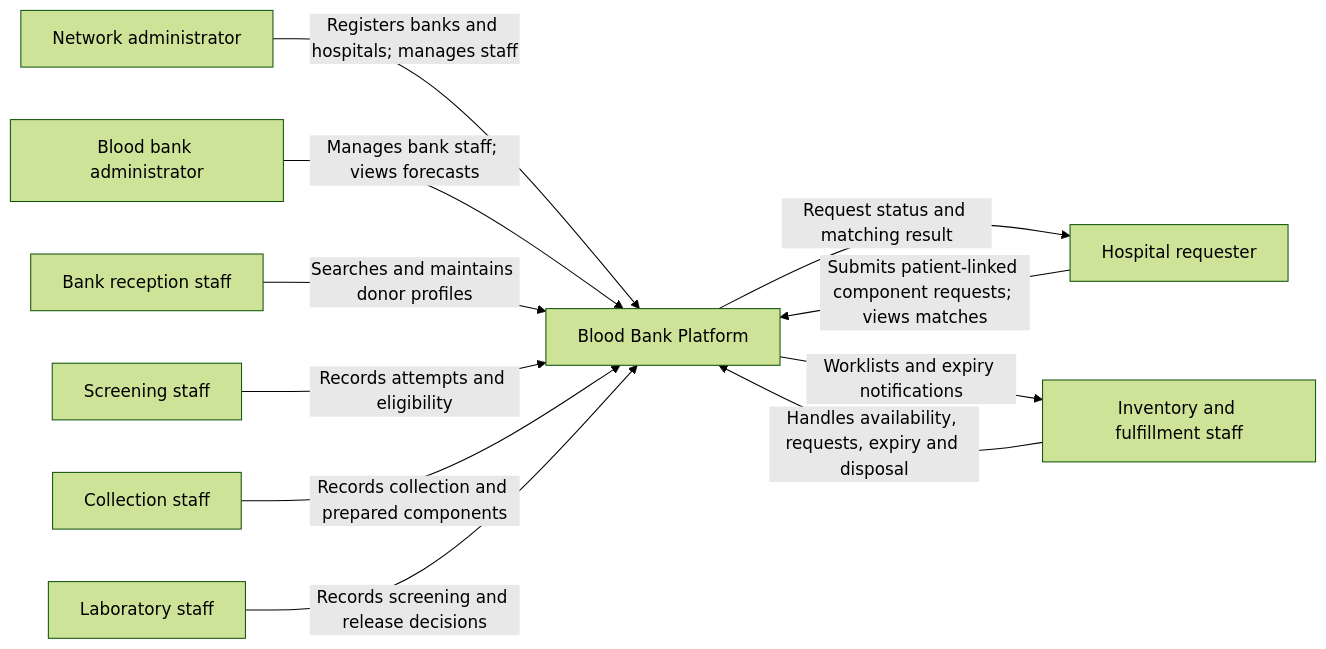
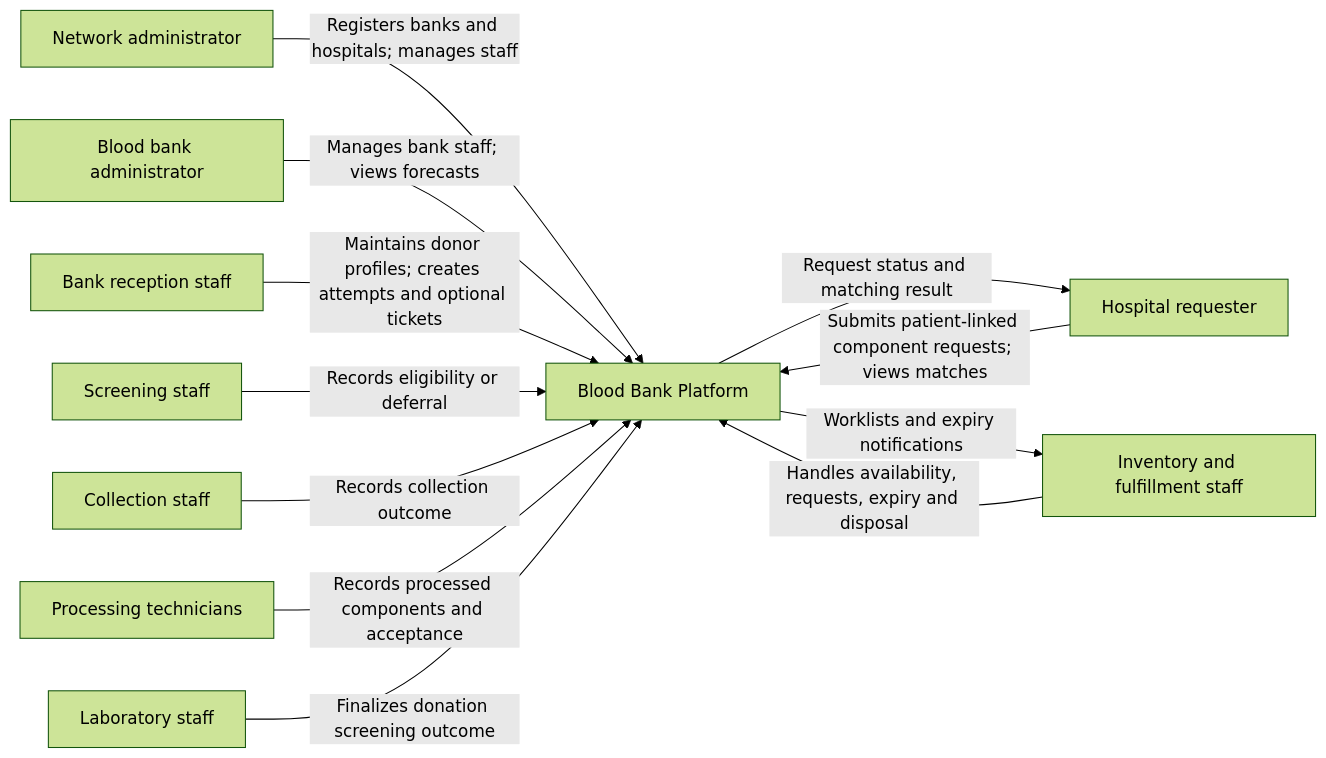
One commit to TitanDevX/BloodBankPlatformUni changed the first of 4 diagrams in docs/ARCHITECTURE.md. Above: the diagram before and after it, drawn with Mermaid (forest theme). The commit also changed other lines of this file and 1 other file, not shown here.

````diff
--- a/docs/ARCHITECTURE.md
+++ b/docs/ARCHITECTURE.md
@@ -15,13 +15,14 @@
 ```mermaid
 flowchart LR
     admin[Network administrator] -->|Registers banks and hospitals; manages staff| platform[Blood Bank Platform]
     bankadmin[Blood bank administrator] -->|Manages bank staff; views forecasts| platform
-    reception[Bank reception staff] -->|Searches and maintains donor profiles| platform
-    screener[Screening staff] -->|Records attempts and eligibility| platform
-    collection[Collection staff] -->|Records collection and prepared components| platform
-    lab[Laboratory staff] -->|Records screening and release decisions| platform
+    reception[Bank reception staff] -->|Maintains donor profiles; creates attempts and optional tickets| platform
+    screener[Screening staff] -->|Records eligibility or deferral| platform
+    collection[Collection staff] -->|Records collection outcome| platform
+    processing[Processing technicians] -->|Records processed components and acceptance| platform
+    lab[Laboratory staff] -->|Finalizes donation screening outcome| platform
     inventory[Inventory and fulfillment staff] -->|Handles availability, requests, expiry and disposal| platform
     hospital[Hospital requester] -->|Submits patient-linked component requests; views matches| platform
     platform -->|Request status and matching result| hospital
     platform -->|Worklists and expiry notifications| inventory
 ```
````
